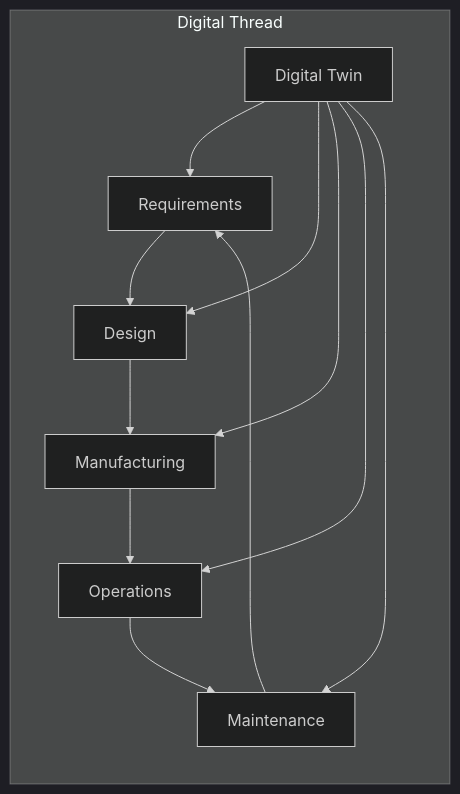
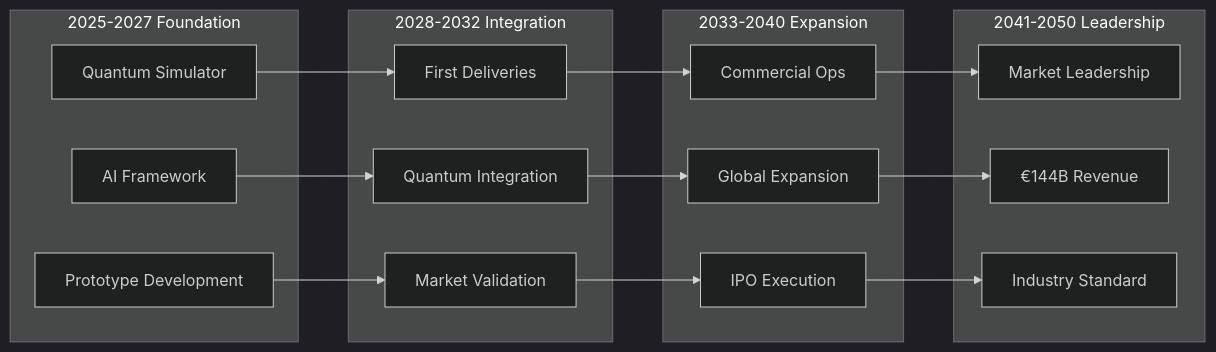
Before and after one commit to Robbbo-T/A-Q-U-A_V: the third of 6 diagrams in README.md, drawn with Mermaid (dark theme). The commit also changed other lines of this file, not shown here.

````diff
--- a/README.md
+++ b/README.md
@@ -488,17 +382,30 @@
 ```mermaid
 graph LR
-    REQ[Requirements] --> DES[Design]
-    DES --> MAN[Manufacturing]
-    MAN --> OPS[Operations]
-    OPS --> MAIN[Maintenance]
-    MAIN --> REQ
+    subgraph "2025-2027 Foundation"
+        F1[Quantum Simulator]
+        F2[AI Framework]
+        F3[Prototype Development]
+    end
     
-    subgraph "Digital Thread"
-        DT[Digital Twin]
-        DT --> REQ
-        DT --> DES
-        DT --> MAN
-        DT --> OPS
-        DT --> MAIN
+    subgraph "2028-2032 Integration"
+        I1[First Deliveries]
+        I2[Quantum Integration]
+        I3[Market Validation]
     end
+    
+    subgraph "2033-2040 Expansion"
+        E1[Commercial Ops]
+        E2[Global Expansion]
+        E3[IPO Execution]
+    end
+    
+    subgraph "2041-2050 Leadership"
+        L1[Market Leadership]
+        L2[€144B Revenue]
+        L3[Industry Standard]
+    end
+    
+    F1 --> I1 --> E1 --> L1
+    F2 --> I2 --> E2 --> L2
+    F3 --> I3 --> E3 --> L3
 ```
````
